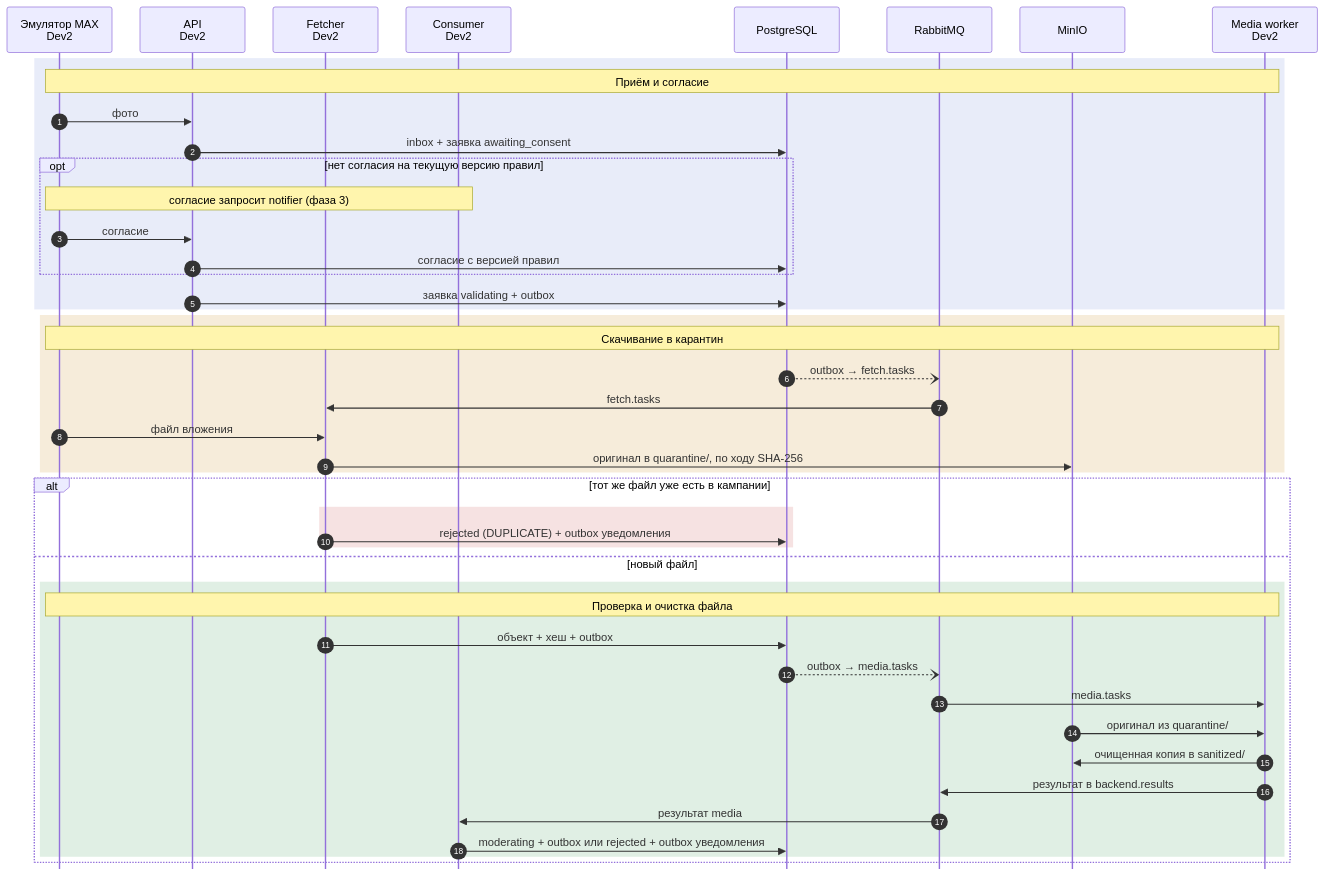
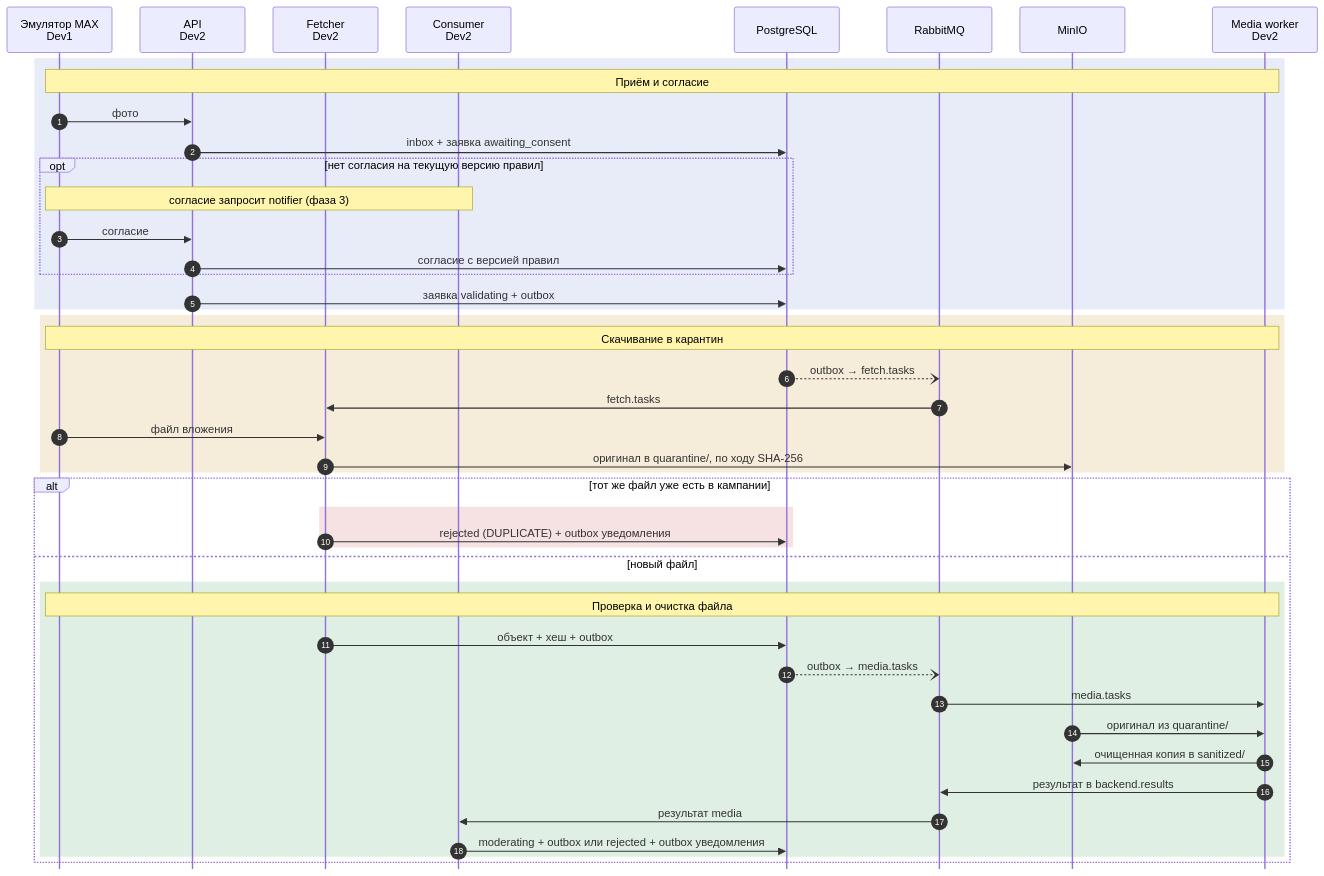
The third of 5 diagrams in docs/mvp.md (MIvi-test/vision-shield-bot), drawn with Mermaid before and after one commit. The commit also changed other lines of this file and 6 other files, not shown here.

````diff
--- a/docs/mvp.md
+++ b/docs/mvp.md
@@ -123,51 +123,51 @@
 ```mermaid
 %%{init: {"sequence": {"mirrorActors": false, "actorMargin": 40, "boxMargin": 8, "noteMargin": 8, "messageMargin": 34}}}%%
 sequenceDiagram
     autonumber
-    participant E as Эмулятор MAX<br/>Dev2
+    participant E as Эмулятор MAX<br/>Dev1
     participant A as API<br/>Dev2
     participant F as Fetcher<br/>Dev2
     participant C as Consumer<br/>Dev2
     participant DB as PostgreSQL
     participant Q as RabbitMQ
     participant S as MinIO
     participant M as Media worker<br/>Dev2
 
     rect rgba(91, 123, 213, 0.14)
         Note over E,M: Приём и согласие
         E->>A: фото
         A->>DB: inbox + заявка awaiting_consent
         opt нет согласия на текущую версию правил
             Note over E,C: согласие запросит notifier (фаза 3)
             E->>A: согласие
             A->>DB: согласие с версией правил
         end
         A->>DB: заявка validating + outbox
     end
 
     rect rgba(201, 138, 27, 0.16)
         Note over E,M: Скачивание в карантин
         DB--)Q: outbox → fetch.tasks
         Q->>F: fetch.tasks
         E->>F: файл вложения
         F->>S: оригинал в quarantine/, по ходу SHA-256
     end
 
     alt тот же файл уже есть в кампании
         rect rgba(201, 75, 75, 0.16)
             F->>DB: rejected (DUPLICATE) + outbox уведомления
         end
     else новый файл
         rect rgba(61, 154, 91, 0.16)
             Note over E,M: Проверка и очистка файла
             F->>DB: объект + хеш + outbox
             DB--)Q: outbox → media.tasks
             Q->>M: media.tasks
             S->>M: оригинал из quarantine/
             M->>S: очищенная копия в sanitized/
             M->>Q: результат в backend.results
             Q->>C: результат media
             C->>DB: moderating + outbox или rejected + outbox уведомления
         end
     end
 ```
````
